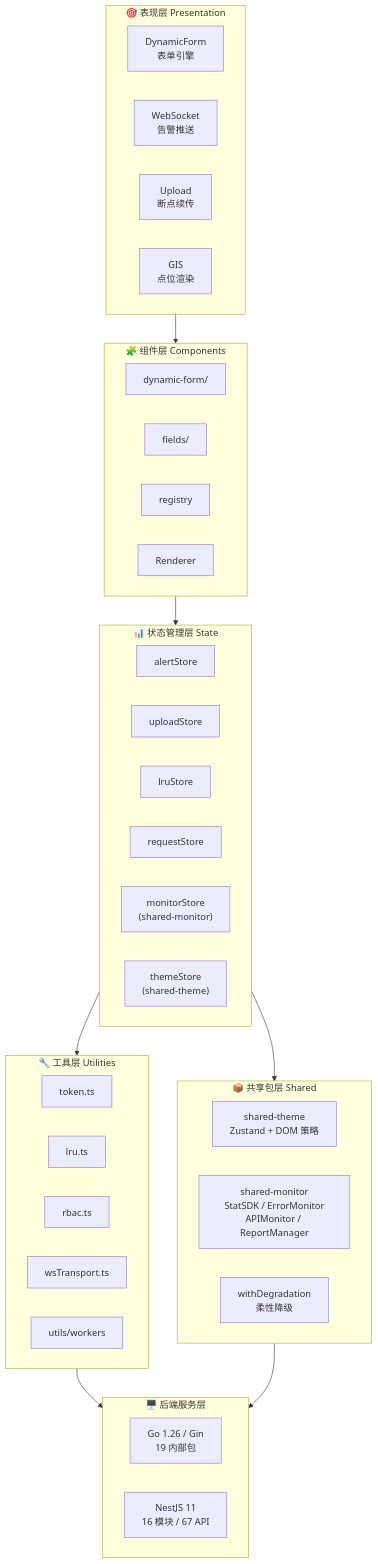
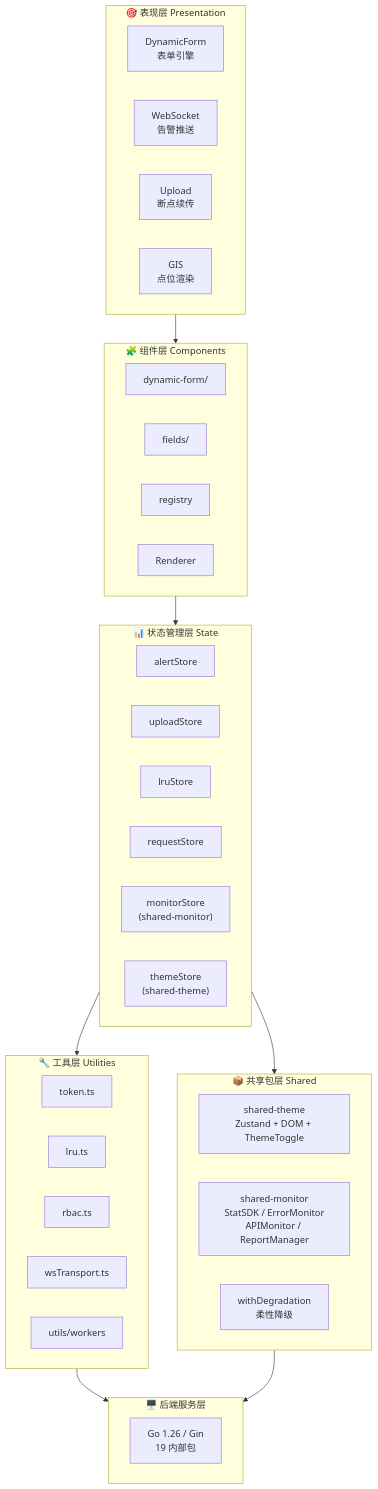
The fifth of 6 diagrams in docs/WIKI.md (KMaybe01/interview-demo), drawn with Mermaid before and after one commit. The commit also changed other lines of this file and 8 other files, not shown here.

````diff
--- a/docs/WIKI.md
+++ b/docs/WIKI.md
@@ -461,51 +361,50 @@
 ```mermaid
 graph TB
     subgraph Presentation["🎯 表现层 Presentation"]
         DF["DynamicForm<br/>表单引擎"]
         WS["WebSocket<br/>告警推送"]
         UP["Upload<br/>断点续传"]
         GIS["GIS<br/>点位渲染"]
     end
 
     subgraph Components["🧩 组件层 Components"]
         CF["dynamic-form/"]
         FR["fields/"]
         RG["registry"]
         RE["Renderer"]
     end
 
     subgraph State["📊 状态管理层 State"]
         ZA["alertStore"]
         ZU["uploadStore"]
         ZL["lruStore"]
         ZR["requestStore"]
         MS["monitorStore<br/>(shared-monitor)"]
         TS["themeStore<br/>(shared-theme)"]
     end
 
     subgraph Shared["📦 共享包层 Shared"]
-        TH["shared-theme<br/>Zustand + DOM 策略"]
+        TH["shared-theme<br/>Zustand + DOM + ThemeToggle"]
         MO["shared-monitor<br/>StatSDK / ErrorMonitor<br/>APIMonitor / ReportManager"]
         DG["withDegradation<br/>柔性降级"]
     end
 
     subgraph Utils["🔧 工具层 Utilities"]
         TK["token.ts"]
         LR["lru.ts"]
         RB["rbac.ts"]
         WSX["wsTransport.ts"]
         WK["utils/workers"]
     end
 
     subgraph BackendLayer["🖥️ 后端服务层"]
         GO["Go 1.26 / Gin<br/>19 内部包"]
-        NEST["NestJS 11<br/>16 模块 / 67 API"]
     end
 
     Presentation --> Components
     Components --> State
     State --> Shared
     State --> Utils
     Utils --> BackendLayer
     Shared --> BackendLayer
 ```
````
